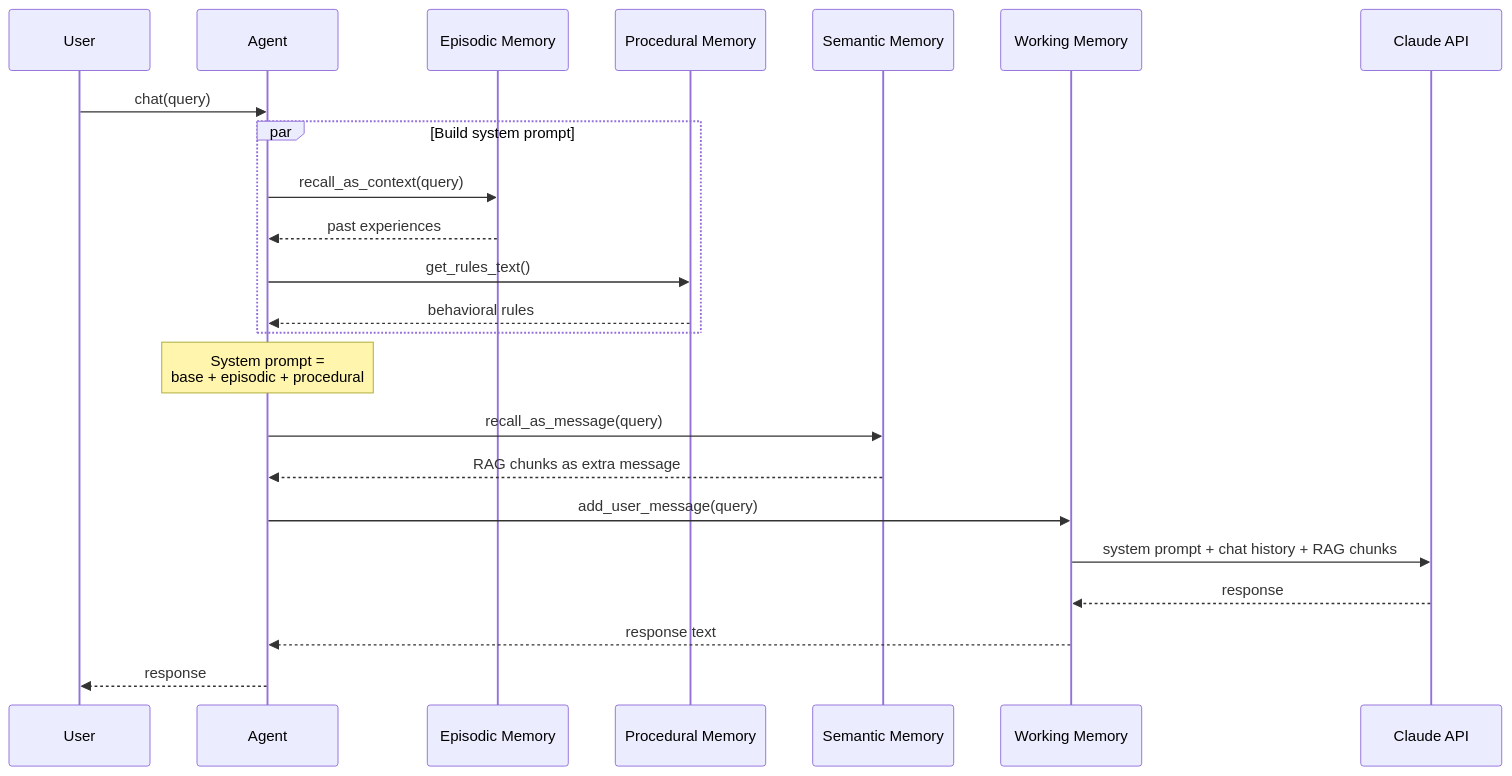
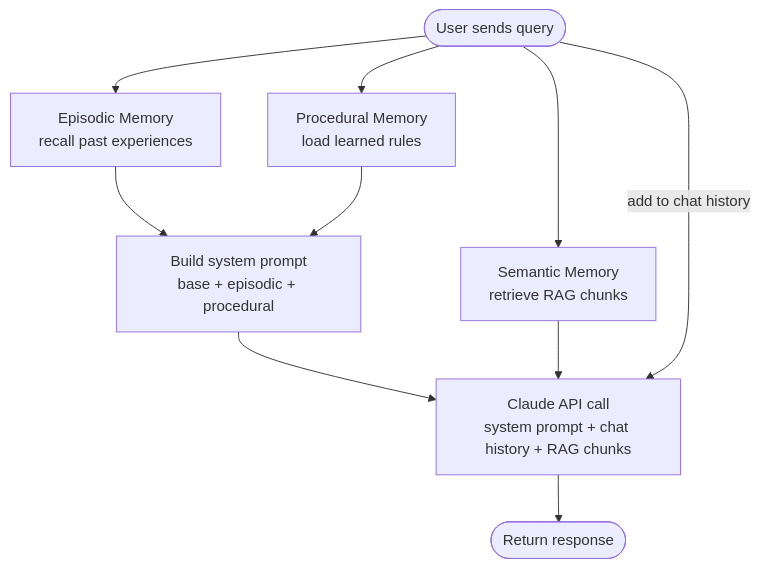
The second of 4 diagrams in ARCHITECTURE.md (apattichis/cognitive-memory-agent), drawn with Mermaid before and after one commit. The commit also changed other lines of this file and 1 other file, not shown here.

First line of the commit message:
docs: clean up architecture diagrams

````diff
--- a/ARCHITECTURE.md
+++ b/ARCHITECTURE.md
@@ -30,29 +31,16 @@
 ```mermaid
-sequenceDiagram
-    participant U as User
-    participant A as Agent
-    participant EM as Episodic Memory
-    participant PM as Procedural Memory
-    participant SM as Semantic Memory
-    participant WM as Working Memory
-    participant LLM as Claude API
+flowchart TD
+    Q([User sends query]) --> EP[Episodic Memory<br/>recall past experiences]
+    Q --> PR[Procedural Memory<br/>load learned rules]
 
-    U->>A: chat(query)
+    EP --> SYS[Build system prompt<br/>base + episodic + procedural]
+    PR --> SYS
 
-    par Build system prompt
-        A->>EM: recall_as_context(query)
-        EM-->>A: past experiences
-        A->>PM: get_rules_text()
-        PM-->>A: behavioral rules
-    end
-    Note over A: System prompt =<br/>base + episodic + procedural
+    Q --> SEM[Semantic Memory<br/>retrieve RAG chunks]
 
-    A->>SM: recall_as_message(query)
-    SM-->>A: RAG chunks as extra message
+    SYS --> LLM[Claude API call<br/>system prompt + chat history + RAG chunks]
+    SEM --> LLM
+    Q -->|add to chat history| LLM
 
-    A->>WM: add_user_message(query)
-    WM->>LLM: system prompt + chat history + RAG chunks
-    LLM-->>WM: response
-    WM-->>A: response text
-    A-->>U: response
+    LLM --> R([Return response])
 ```
````
